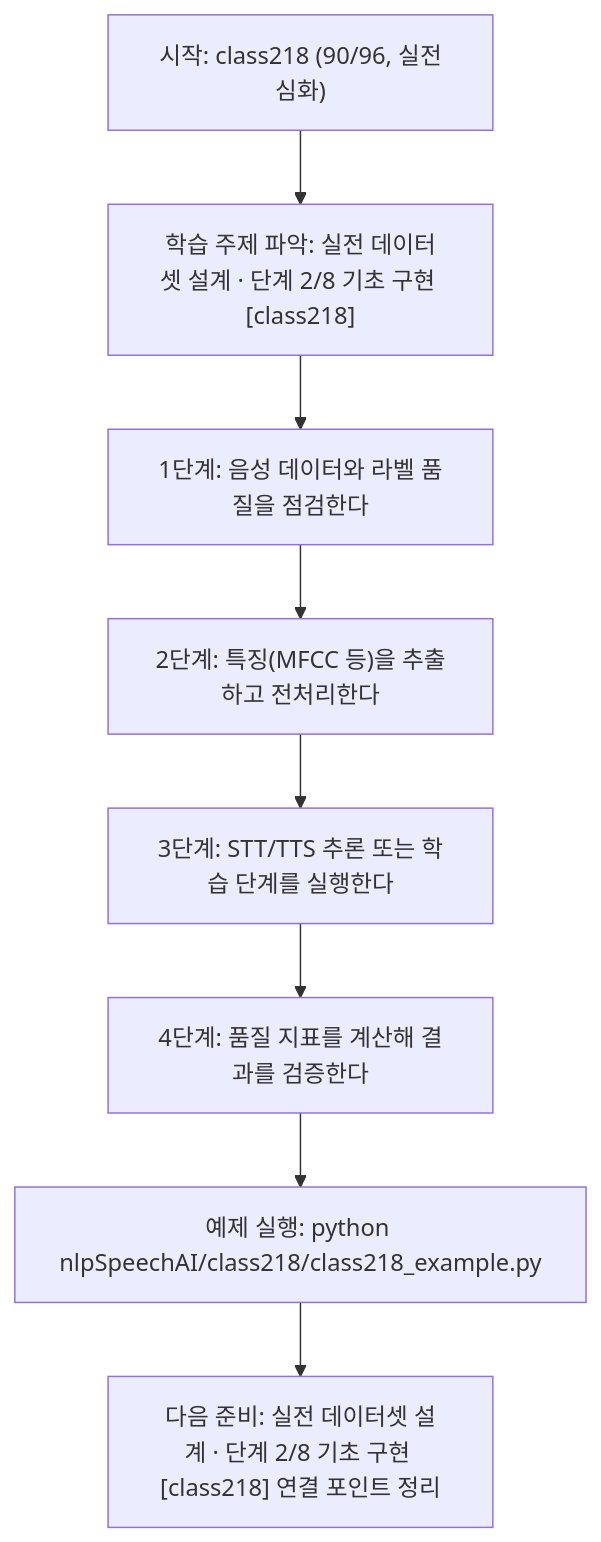
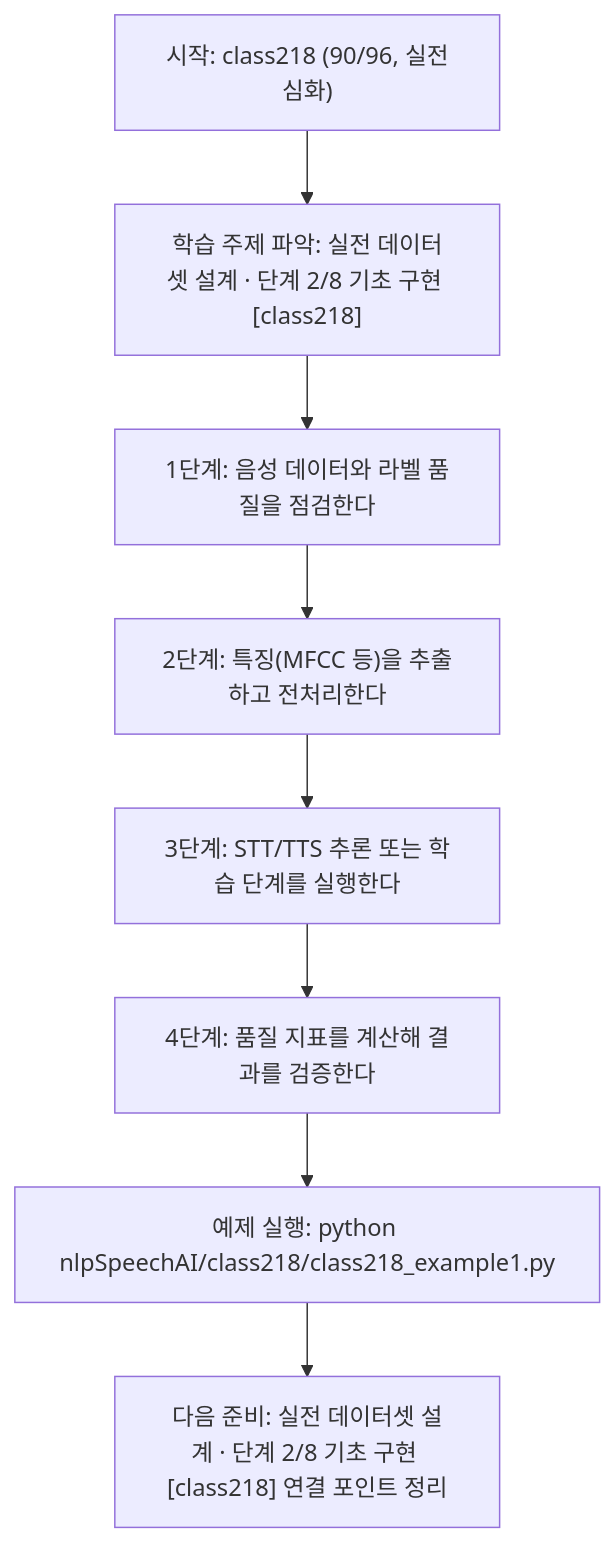
Before and after one commit to edumgt/Python-AI_Agent-Class: the diagram in nlpSpeechAI/class218/class218.md, drawn with Mermaid. The commit also changed other lines of this file and 2959 other files, not shown here.

````diff
--- a/nlpSpeechAI/class218/class218.md
+++ b/nlpSpeechAI/class218/class218.md
@@ -114,18 +114,18 @@
 ```mermaid
 flowchart TD
 N1["시작: class218 (90/96, 실전심화)"]
 N2["학습 주제 파악: 실전 데이터셋 설계 · 단계 2/8 기초 구현 [class218]"]
 N3["1단계: 음성 데이터와 라벨 품질을 점검한다"]
 N4["2단계: 특징(MFCC 등)을 추출하고 전처리한다"]
 N5["3단계: STT/TTS 추론 또는 학습 단계를 실행한다"]
 N6["4단계: 품질 지표를 계산해 결과를 검증한다"]
-N7["예제 실행: python nlpSpeechAI/class218/class218_example.py"]
+N7["예제 실행: python nlpSpeechAI/class218/class218_example1.py"]
 N8["다음 준비: 실전 데이터셋 설계 · 단계 2/8 기초 구현 [class218] 연결 포인트 정리"]
 N1 --> N2
 N2 --> N3
 N3 --> N4
 N4 --> N5
 N5 --> N6
 N6 --> N7
 N7 --> N8
 ```
````
